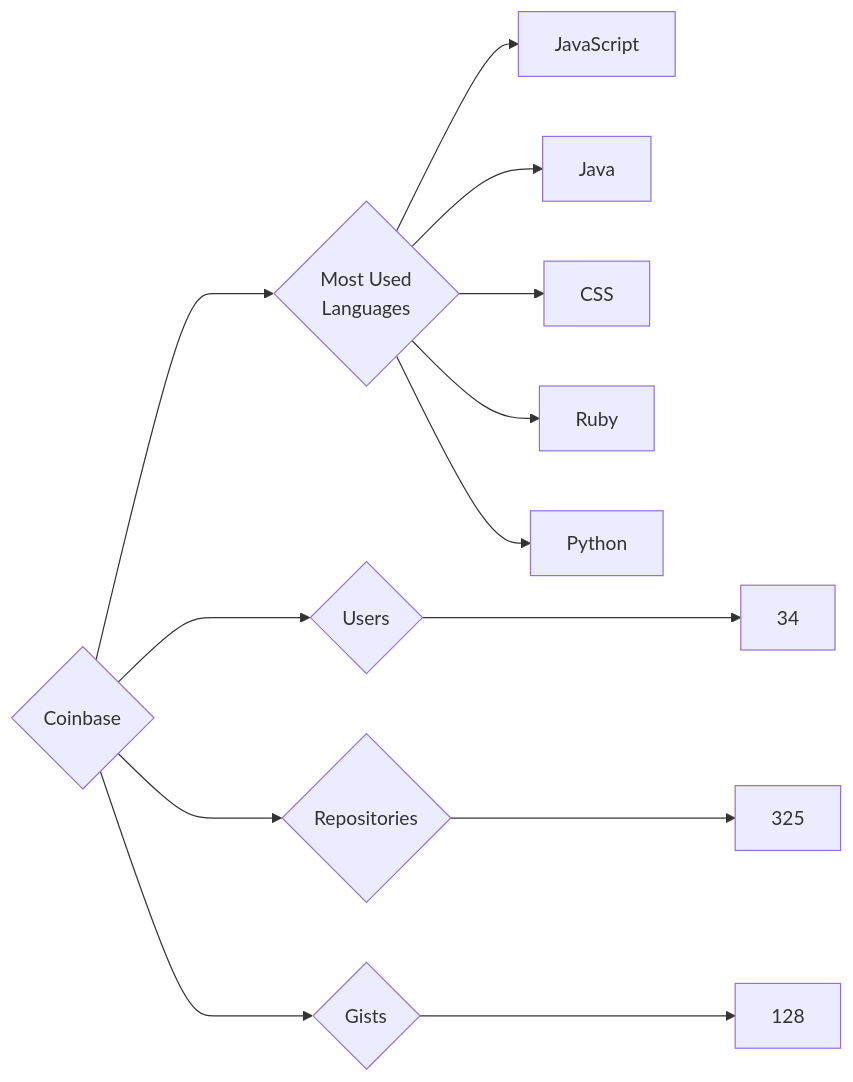
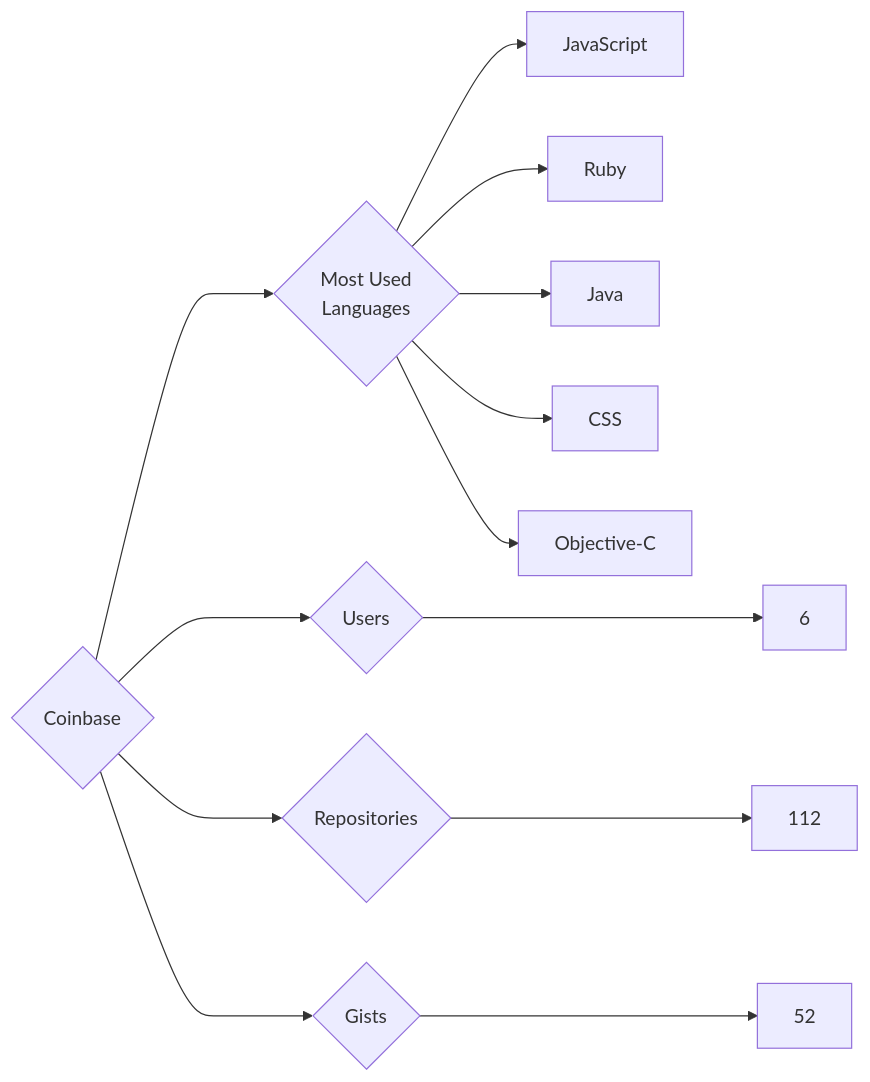
One commit to trickest/insiders changed the diagram in targets/Coinbase/README.md. Above: the diagram before and after it, drawn with Mermaid. The commit also changed 899 other files, not shown here.

````diff
--- a/targets/Coinbase/README.md
+++ b/targets/Coinbase/README.md
@@ -3,13 +3,13 @@
 ```mermaid
 graph LR
 COMPANY_NAME{Coinbase}
-COMPANY_NAME ---> U{Users} ---> UN[34]
-COMPANY_NAME ---> R{Repositories} ---> RN[325]
-COMPANY_NAME ---> G{Gists} ---> GN[128]
+COMPANY_NAME ---> U{Users} ---> UN[6]
+COMPANY_NAME ---> R{Repositories} ---> RN[112]
+COMPANY_NAME ---> G{Gists} ---> GN[52]
 COMPANY_NAME ---> ML{Most Used<br>Languages}
 ML --> JavaScript[JavaScript]
+ML --> Ruby[Ruby]
 ML --> Java[Java]
 ML --> CSS[CSS]
-ML --> Ruby[Ruby]
-ML --> Python[Python]
+ML --> Objective-C[Objective-C]
 ```
````
